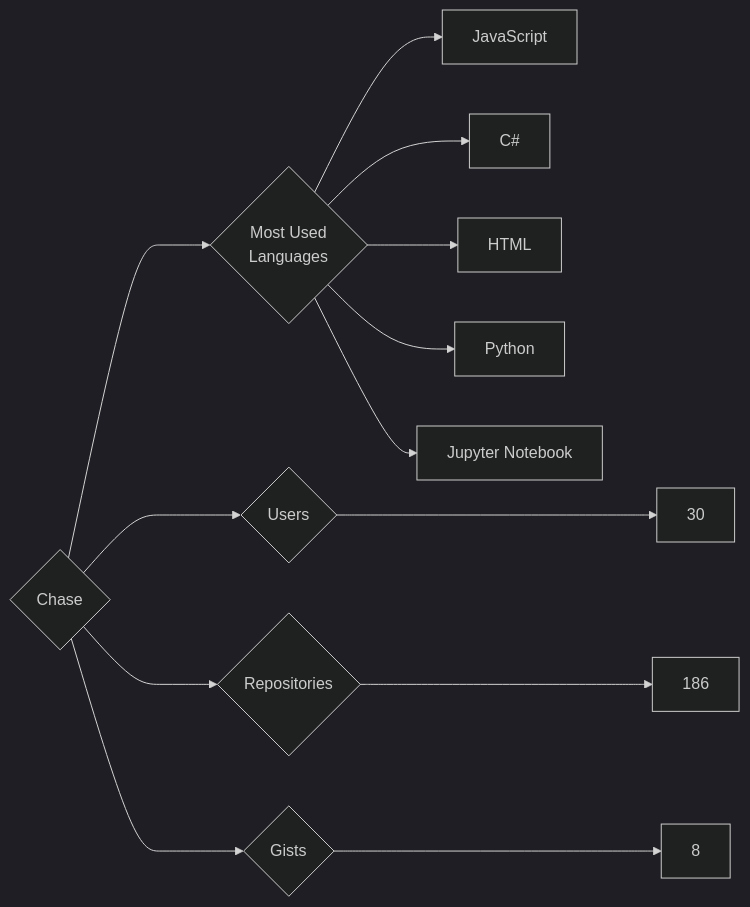
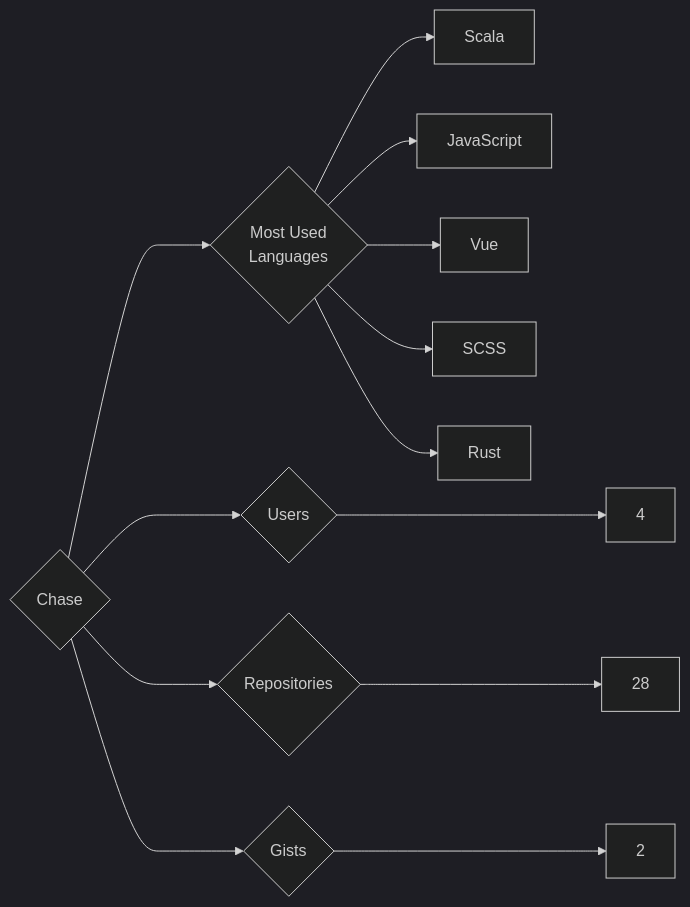
One commit to trickest/insiders changed the diagram in targets/Chase/README.md. Above: the diagram before and after it, drawn with Mermaid (dark theme). The commit also changed 545 other files, not shown here.

````diff
--- a/targets/Chase/README.md
+++ b/targets/Chase/README.md
@@ -3,13 +3,13 @@
 ```mermaid
 graph LR
 COMPANY_NAME{Chase}
-COMPANY_NAME ---> U{Users} ---> UN[30]
-COMPANY_NAME ---> R{Repositories} ---> RN[186]
-COMPANY_NAME ---> G{Gists} ---> GN[8]
+COMPANY_NAME ---> U{Users} ---> UN[4]
+COMPANY_NAME ---> R{Repositories} ---> RN[28]
+COMPANY_NAME ---> G{Gists} ---> GN[2]
 COMPANY_NAME ---> ML{Most Used<br>Languages}
+ML --> Scala[Scala]
 ML --> JavaScript[JavaScript]
-ML --> C#[C#]
-ML --> HTML[HTML]
-ML --> Python[Python]
-ML --> Jupyter_Notebook[Jupyter Notebook]
+ML --> Vue[Vue]
+ML --> SCSS[SCSS]
+ML --> Rust[Rust]
 ```
````
